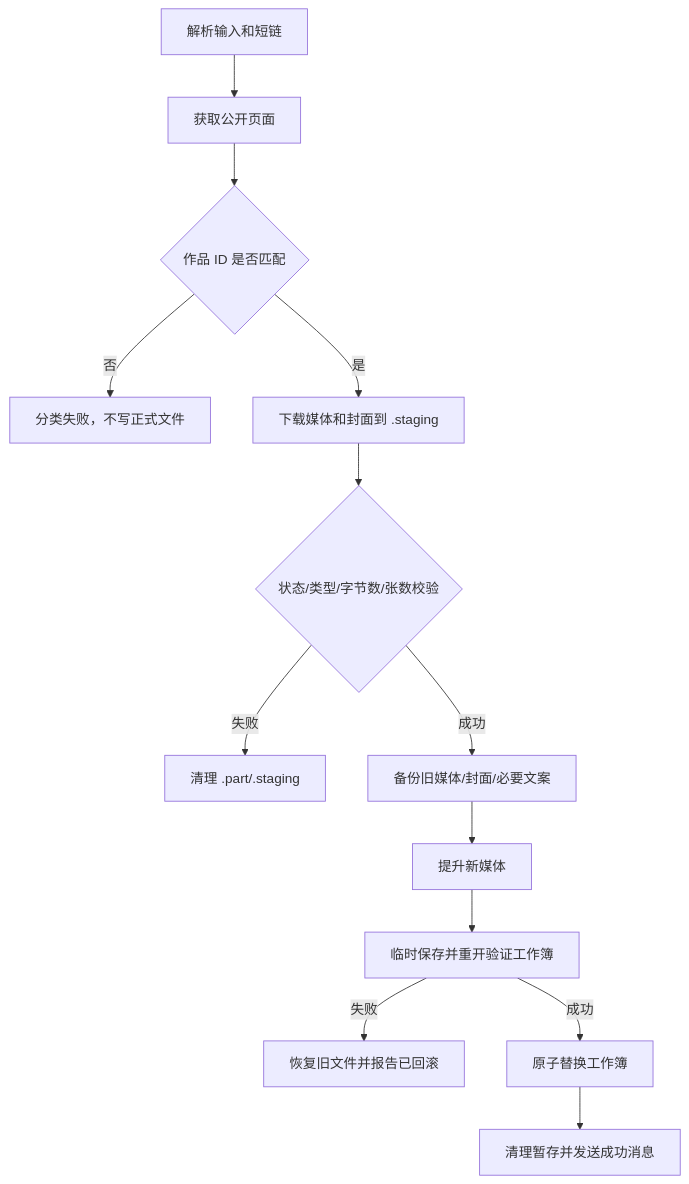
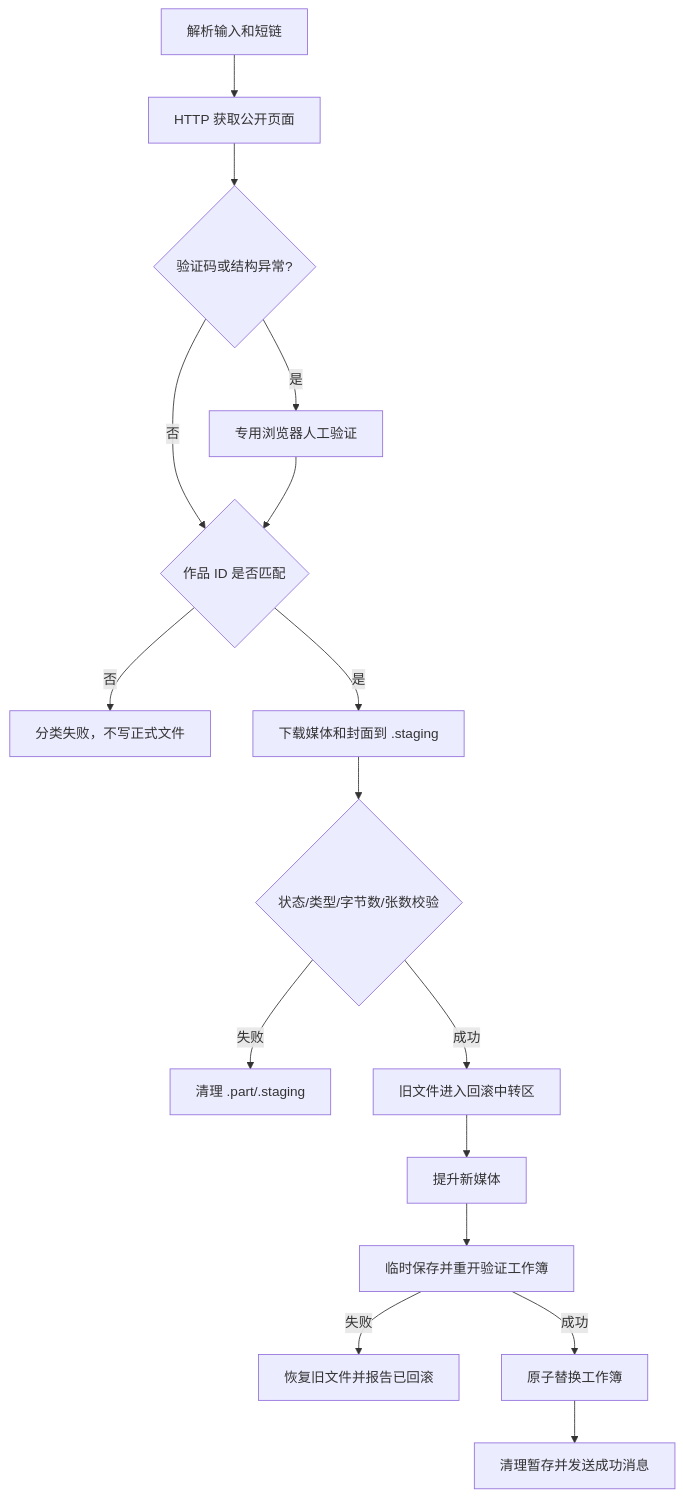
One commit to yuman8364-commits/douyin-info-extractor changed the diagram in docs/ARCHITECTURE.md. Above: the diagram before and after it, drawn with Mermaid. The commit also changed other lines of this file and 20 other files, not shown here.

````diff
--- a/docs/ARCHITECTURE.md
+++ b/docs/ARCHITECTURE.md
@@ -20,15 +20,18 @@
 ```mermaid
 flowchart TD
-    A[解析输入和短链] --> B[获取公开页面]
-    B --> C{作品 ID 是否匹配}
+    A[解析输入和短链] --> B[HTTP 获取公开页面]
+    B --> V{验证码或结构异常?}
+    V -- 是 --> W[专用浏览器人工验证]
+    V -- 否 --> C{作品 ID 是否匹配}
+    W --> C
     C -- 否 --> X[分类失败，不写正式文件]
     C -- 是 --> D[下载媒体和封面到 .staging]
     D --> E{状态/类型/字节数/张数校验}
     E -- 失败 --> Y[清理 .part/.staging]
-    E -- 成功 --> F[备份旧媒体/封面/必要文案]
+    E -- 成功 --> F[旧文件进入回滚中转区]
     F --> G[提升新媒体]
     G --> H[临时保存并重开验证工作簿]
     H -- 失败 --> I[恢复旧文件并报告已回滚]
     H -- 成功 --> J[原子替换工作簿]
     J --> K[清理暂存并发送成功消息]
 ```
````
